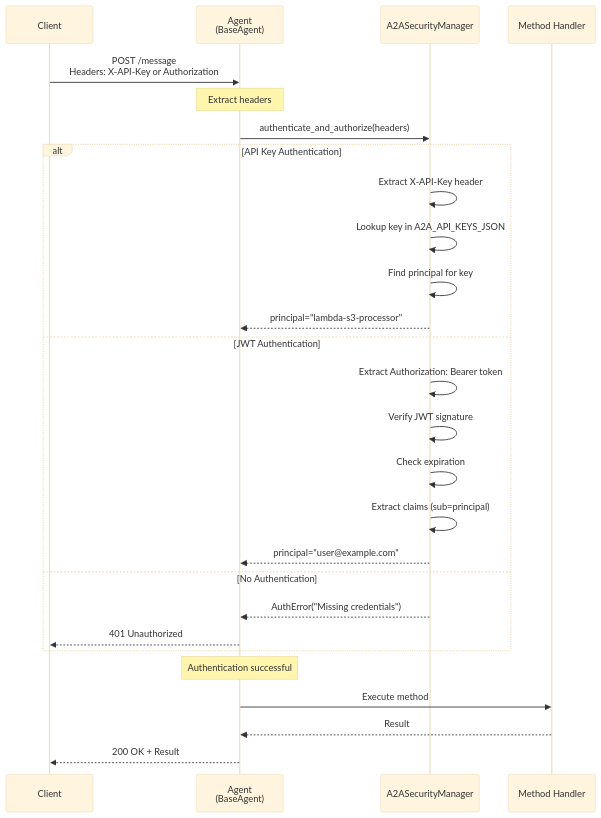
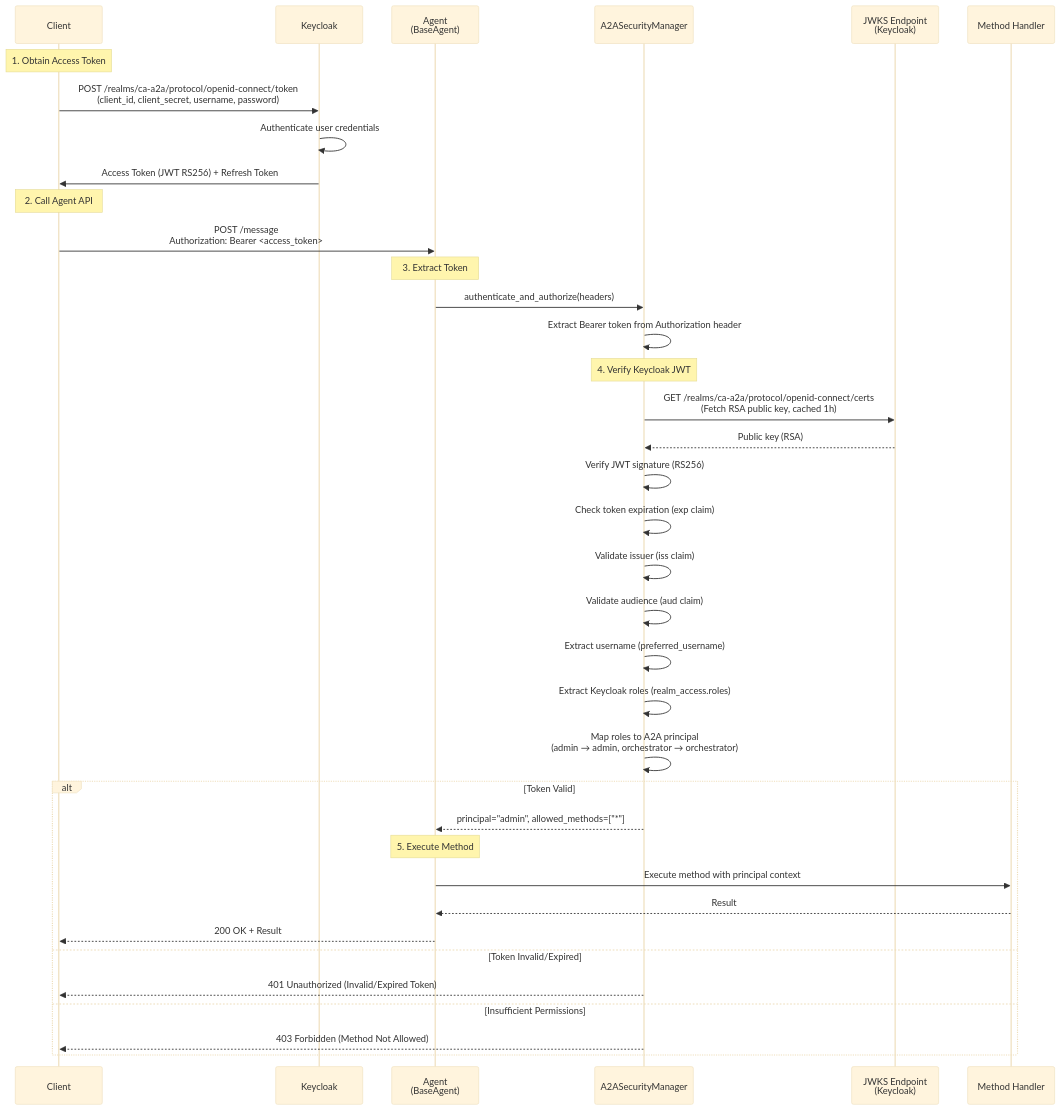
One commit to jaafar-benabderrazak/ca_a2a changed the fifth of 14 diagrams in A2A_PROTOCOL_SECURITY_TECHNICAL.md. Above: the diagram before and after it, drawn with Mermaid (base theme). The commit also changed other lines of this file, not shown here.

Commit message:
Update A2A protocol security documentation for Keycloak-only authentication

````diff
--- a/A2A_PROTOCOL_SECURITY_TECHNICAL.md
+++ b/A2A_PROTOCOL_SECURITY_TECHNICAL.md
@@ -511,33 +529,45 @@
 ```mermaid
 sequenceDiagram
- participant Client
- participant Agent as Agent<br/>(BaseAgent)
- participant Security as A2ASecurityManager
- participant Handler as Method Handler
- 
- Client->>Agent: POST /message<br/>Headers: X-API-Key or Authorization
- 
- Note over Agent: Extract headers
- Agent->>Security: authenticate_and_authorize(headers)
- 
- alt API Key Authentication
- Security->>Security: Extract X-API-Key header
- Security->>Security: Lookup key in A2A_API_KEYS_JSON
- Security->>Security: Find principal for key
- Security-->>Agent: principal="lambda-s3-processor"
- else JWT Authentication
- Security->>Security: Extract Authorization: Bearer token
- Security->>Security: Verify JWT signature
- Security->>Security: Check expiration
- Security->>Security: Extract claims (sub=principal)
- Security-->>Agent: principal="user@example.com"
- else No Authentication
- Security-->>Agent: AuthError("Missing credentials")
- Agent-->>Client: 401 Unauthorized
- end
- 
- Note over Agent: Authentication successful
- Agent->>Handler: Execute method
- Handler-->>Agent: Result
- Agent-->>Client: 200 OK + Result
+    participant Client
+    participant Keycloak
+    participant Agent as Agent<br/>(BaseAgent)
+    participant Security as A2ASecurityManager
+    participant JWKS as JWKS Endpoint<br/>(Keycloak)
+    participant Handler as Method Handler
+    
+    Note over Client: 1. Obtain Access Token
+    Client->>Keycloak: POST /realms/ca-a2a/protocol/openid-connect/token<br/>(client_id, client_secret, username, password)
+    Keycloak->>Keycloak: Authenticate user credentials
+    Keycloak->>Client: Access Token (JWT RS256) + Refresh Token
+    
+    Note over Client: 2. Call Agent API
+    Client->>Agent: POST /message<br/>Authorization: Bearer <access_token>
+    
+    Note over Agent: 3. Extract Token
+    Agent->>Security: authenticate_and_authorize(headers)
+    Security->>Security: Extract Bearer token from Authorization header
+    
+    Note over Security: 4. Verify Keycloak JWT
+    Security->>JWKS: GET /realms/ca-a2a/protocol/openid-connect/certs<br/>(Fetch RSA public key, cached 1h)
+    JWKS-->>Security: Public key (RSA)
+    Security->>Security: Verify JWT signature (RS256)
+    Security->>Security: Check token expiration (exp claim)
+    Security->>Security: Validate issuer (iss claim)
+    Security->>Security: Validate audience (aud claim)
+    Security->>Security: Extract username (preferred_username)
+    Security->>Security: Extract Keycloak roles (realm_access.roles)
+    Security->>Security: Map roles to A2A principal<br/>(admin → admin, orchestrator → orchestrator)
+    
+    alt Token Valid
+        Security-->>Agent: principal="admin", allowed_methods=["*"]
+        
+        Note over Agent: 5. Execute Method
+        Agent->>Handler: Execute method with principal context
+        Handler-->>Agent: Result
+        Agent-->>Client: 200 OK + Result
+    else Token Invalid/Expired
+        Security-->>Client: 401 Unauthorized (Invalid/Expired Token)
+    else Insufficient Permissions
+        Security-->>Client: 403 Forbidden (Method Not Allowed)
+    end
 ```
````
